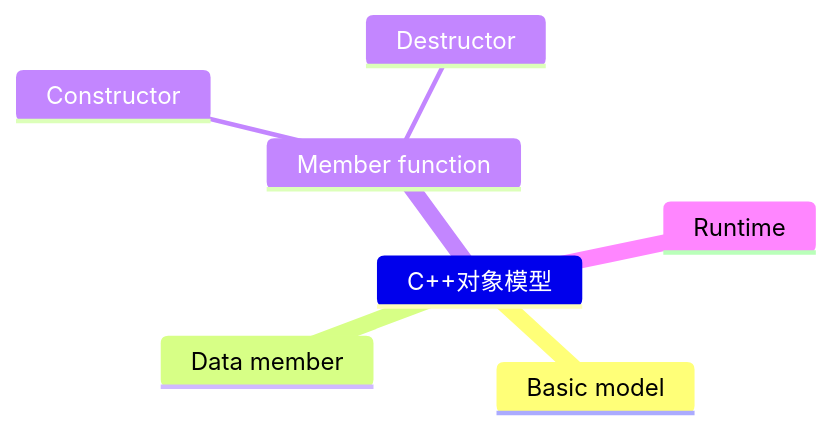
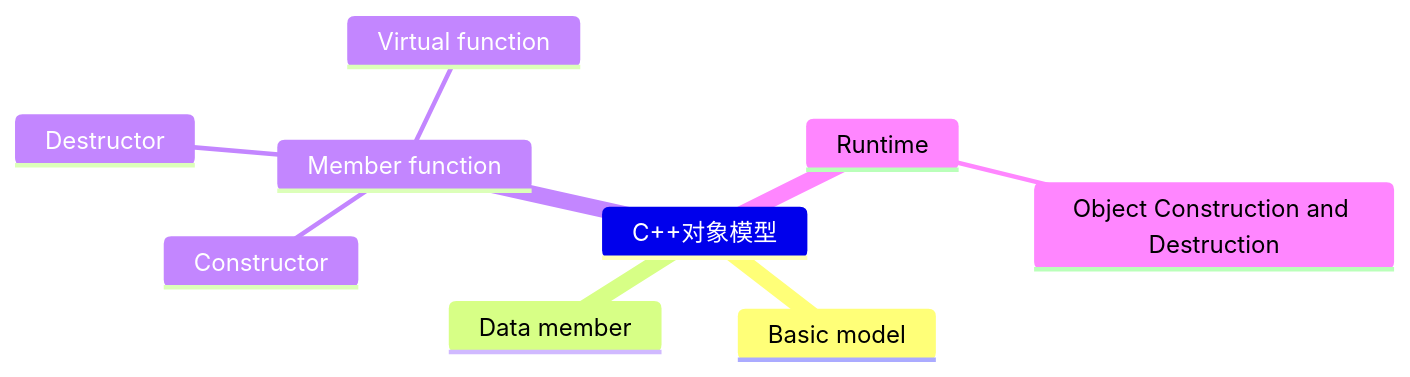
The diagram in docs/程序/C++/语法/类/对象模型.md (jishuguang/library), drawn with Mermaid before and after one commit. The commit also changed other lines of this file, not shown here.

Commit message:
Finish member function object model and start runtime effect.

````diff
--- a/docs/程序/C++/语法/类/对象模型.md
+++ b/docs/程序/C++/语法/类/对象模型.md
@@ -3,10 +3,12 @@
 ```{mermaid}
 mindmap
 C++对象模型
     Basic model
     Data member
     Member function
         Constructor
         Destructor
+        Virtual function
     Runtime
+        Object Construction and Destruction
 ```
````
